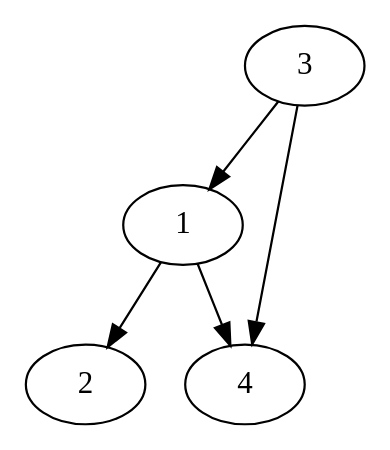
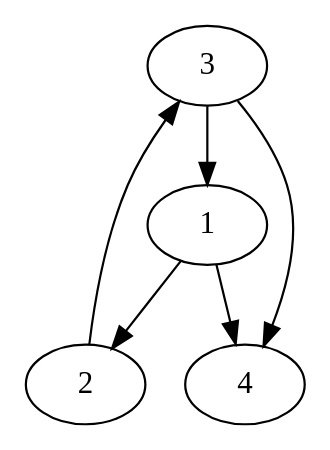
One commit to sleeepyskies/saarvive-selab23 changed the diagram in src/systemtest/resources/mapFiles/validScenario3_map.dot. Above: the diagram before and after it, drawn with Graphviz. The commit also changed 6 other files, not shown here.

```diff
--- a/src/systemtest/resources/mapFiles/validScenario3_map.dot
+++ b/src/systemtest/resources/mapFiles/validScenario3_map.dot
@@ -1,11 +1,12 @@
 digraph G {
 	3;
 	1;
 	2;
 	4;
 
-	3 -> 1 [village=Bikini_Bottom; name=Krusty_Krab_Street; heightLimit=3; weight=10; primaryType=sideStreet; secondaryType=none;];
+	3 -> 1 [village=Bikini_Bottom; name=Krusty_Krab_Street; heightLimit=3; weight=20; primaryType=sideStreet; secondaryType=none;];
+	2 -> 3 [village=Bikini_Bottom; name=Kebab_Street; heightLimit=3; weight=20; primaryType=sideStreet; secondaryType=none;];
 	1 -> 2 [village=Bikini_Bottom; name=Not_Krusty_Krab_Street; heightLimit=5; weight=10; primaryType=mainStreet; secondaryType=none;];
 	3 -> 4 [village=Bikini_Bottom; name=Idk_Street; heightLimit=3; weight=20; primaryType=mainStreet; secondaryType=none;];
 	1 -> 4 [village=Bikini_Bottom; name=Cool_Street; heightLimit=5; weight=30; primaryType=sideStreet; secondaryType=oneWayStreet;];
 }
```
